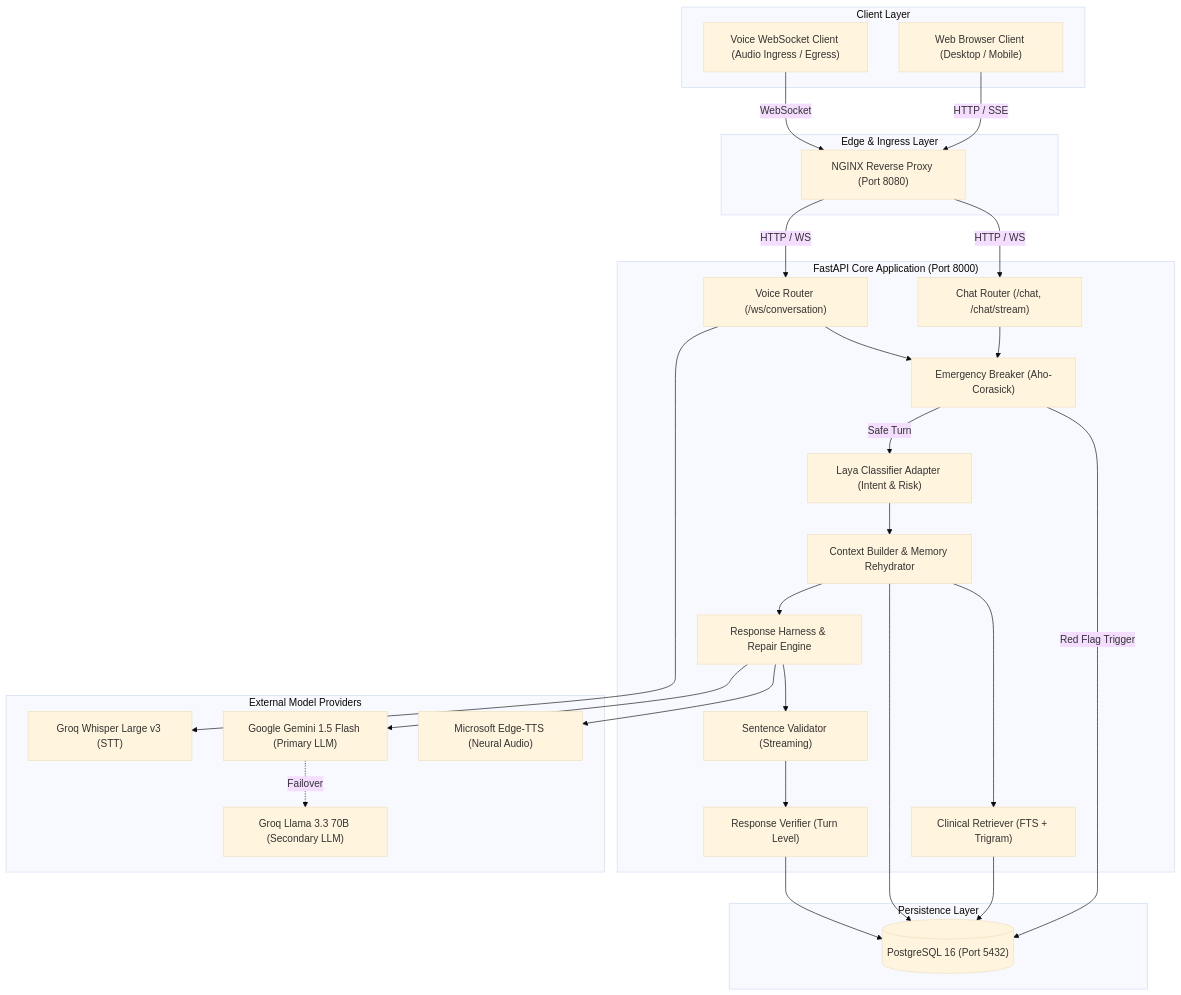
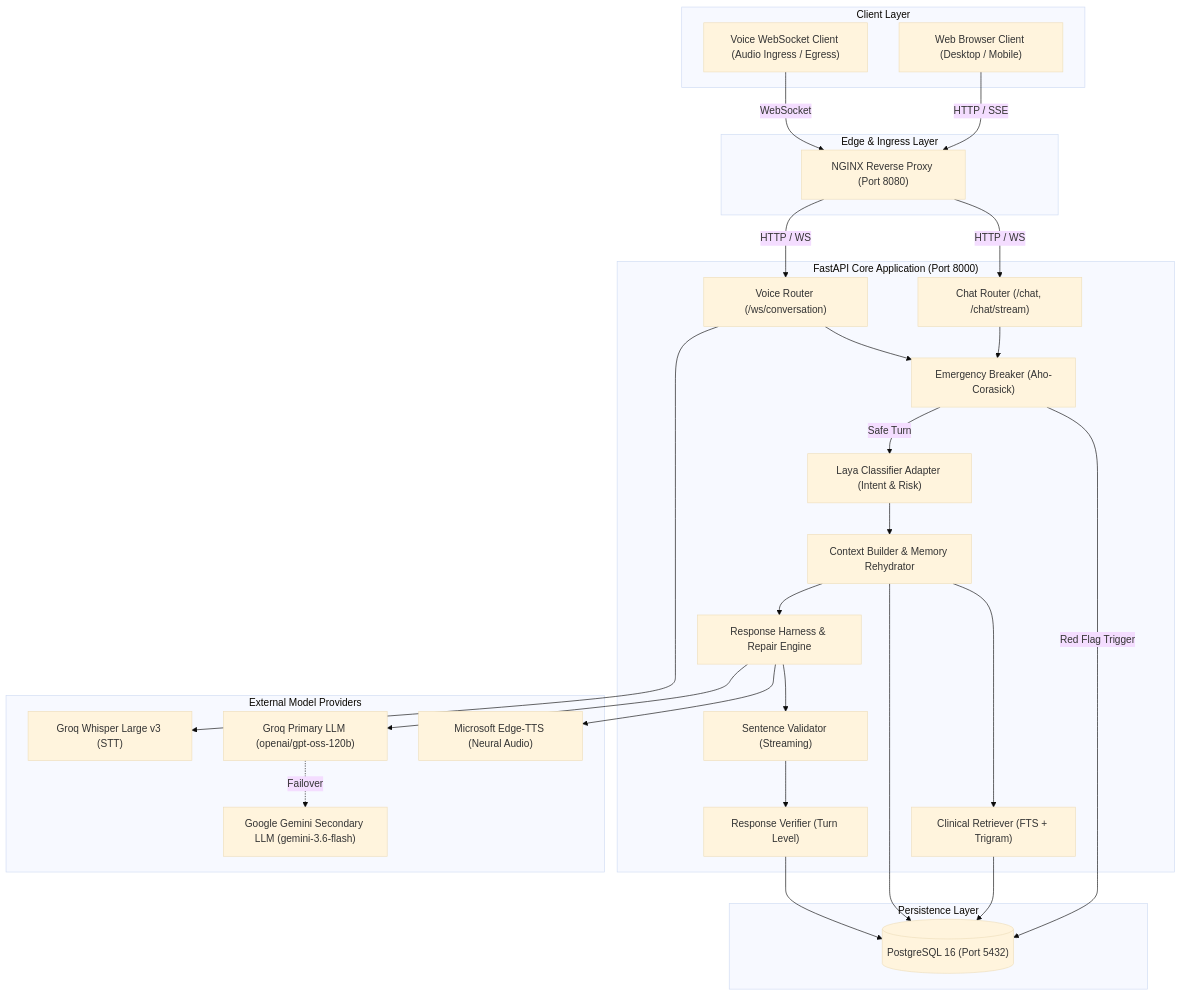
The first of 3 diagrams in docs/HLD.md (saahilpal/disha-ai), drawn with Mermaid (base theme) before and after one commit. The commit also changed 5 other files, not shown here.

````diff
--- a/docs/HLD.md
+++ b/docs/HLD.md
@@ -9,60 +9,60 @@
 ```mermaid
 flowchart TD
     subgraph ClientLayer ["Client Layer"]
         BrowserClient["Web Browser Client (Desktop / Mobile)"]
         VoiceClient["Voice WebSocket Client (Audio Ingress / Egress)"]
     end
 
     subgraph EdgeLayer ["Edge & Ingress Layer"]
         NginxProxy["NGINX Reverse Proxy (Port 8080)"]
     end
 
     subgraph CoreBackend ["FastAPI Core Application (Port 8000)"]
         ChatRouter["Chat Router (/chat, /chat/stream)"]
         VoiceRouter["Voice Router (/ws/conversation)"]
         EmergencyBreaker["Emergency Breaker (Aho-Corasick)"]
         ClassifierAdapter["Laya Classifier Adapter (Intent & Risk)"]
         ContextBuilder["Context Builder & Memory Rehydrator"]
         ClinicalRetriever["Clinical Retriever (FTS + Trigram)"]
         ResponseHarness["Response Harness & Repair Engine"]
         SentenceValidator["Sentence Validator (Streaming)"]
         ResponseVerifier["Response Verifier (Turn Level)"]
     end
 
     subgraph Persistence ["Persistence Layer"]
         PostgresDB[("PostgreSQL 16 (Port 5432)")]
     end
 
     subgraph ExternalServices ["External Model Providers"]
         GroqSTT["Groq Whisper Large v3 (STT)"]
-        PrimaryLLM["Google Gemini 1.5 Flash (Primary LLM)"]
-        SecondaryLLM["Groq Llama 3.3 70B (Secondary LLM)"]
+        PrimaryLLM["Groq Primary LLM (openai/gpt-oss-120b)"]
+        SecondaryLLM["Google Gemini Secondary LLM (gemini-3.6-flash)"]
         EdgeTTS["Microsoft Edge-TTS (Neural Audio)"]
     end
 
     BrowserClient -->|HTTP / SSE| NginxProxy
     VoiceClient -->|WebSocket| NginxProxy
     NginxProxy -->|HTTP / WS| ChatRouter
     NginxProxy -->|HTTP / WS| VoiceRouter
 
     ChatRouter --> EmergencyBreaker
     VoiceRouter --> EmergencyBreaker
 
     EmergencyBreaker -->|Safe Turn| ClassifierAdapter
     EmergencyBreaker -->|Red Flag Trigger| PostgresDB
 
     ClassifierAdapter --> ContextBuilder
     ContextBuilder --> ClinicalRetriever
     ClinicalRetriever --> PostgresDB
     ContextBuilder --> PostgresDB
 
     ContextBuilder --> ResponseHarness
     ResponseHarness --> PrimaryLLM
     PrimaryLLM -.->|Failover| SecondaryLLM
     ResponseHarness --> SentenceValidator
     SentenceValidator --> ResponseVerifier
 
     VoiceRouter --> GroqSTT
     ResponseHarness --> EdgeTTS
     ResponseVerifier --> PostgresDB
 ```
````
